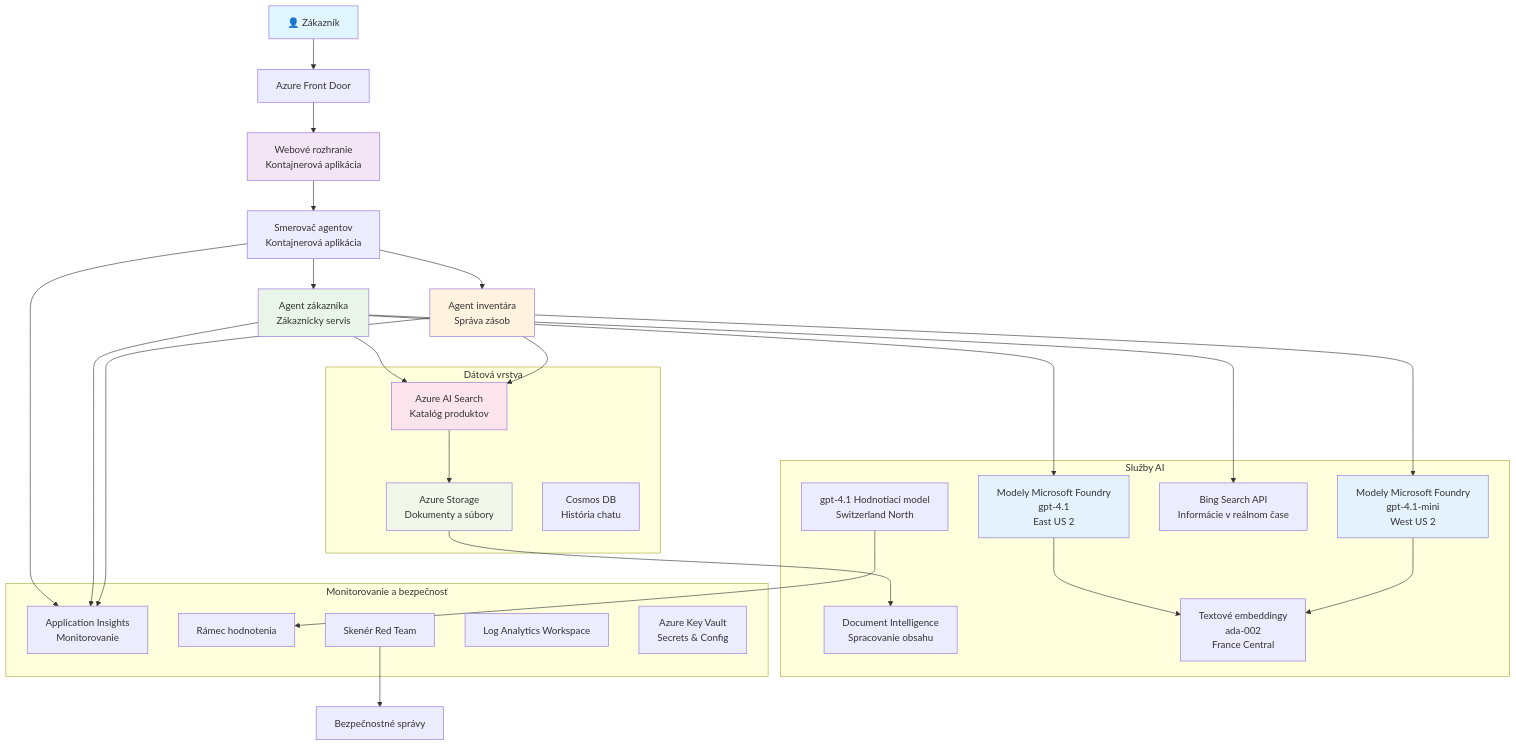
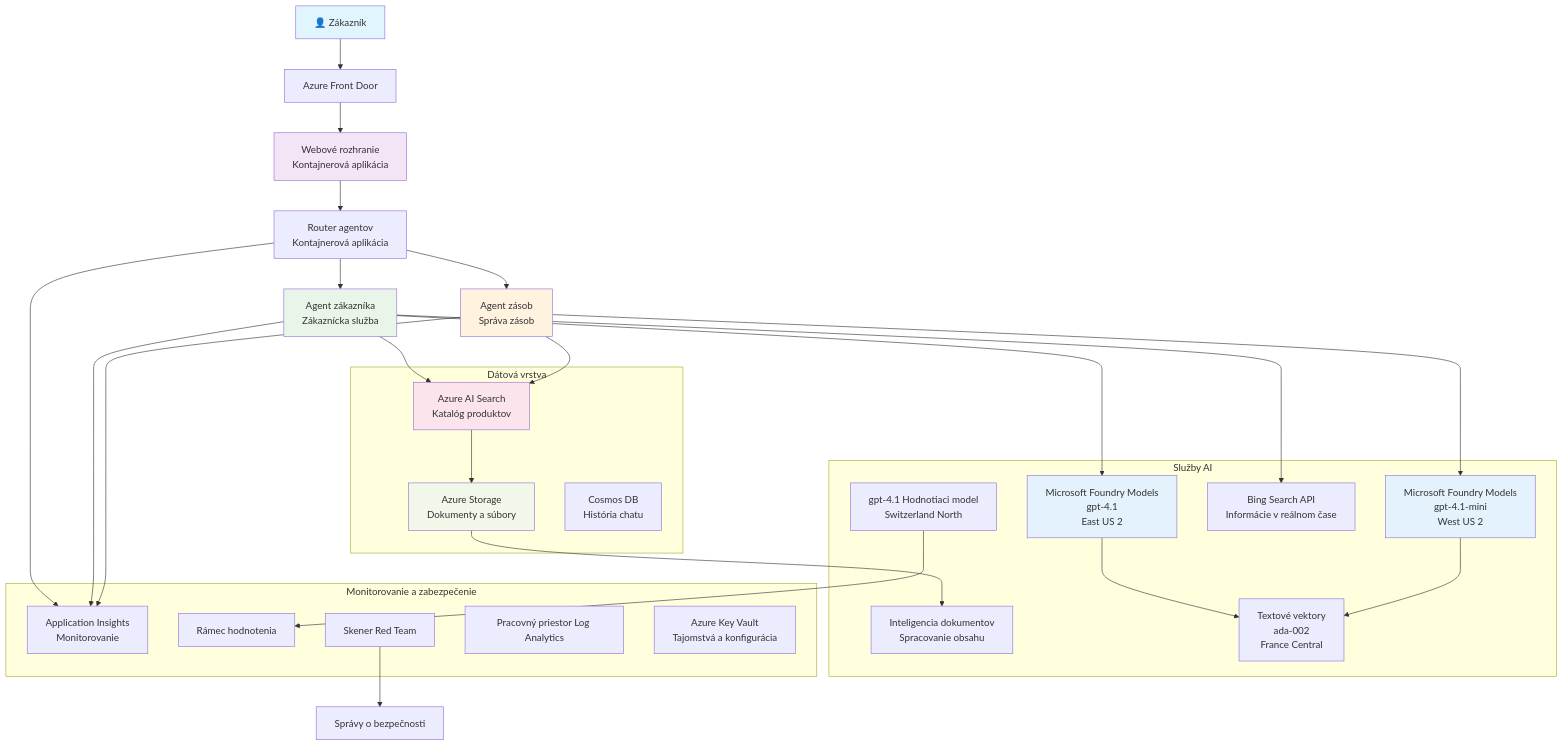
Before and after one commit to microsoft/AZD-for-beginners: the diagram in translations/sk/examples/retail-scenario.md, drawn with Mermaid. The commit also changed other lines of this file and 104 other files, not shown here.

````diff
--- a/translations/sk/examples/retail-scenario.md
+++ b/translations/sk/examples/retail-scenario.md
@@ -139,61 +139,61 @@
 ```mermaid
 graph TB
     User[👤 Zákazník] --> LB[Azure Front Door]
     LB --> WebApp[Webové rozhranie<br/>Kontajnerová aplikácia]
     
-    WebApp --> Router[Smerovač agentov<br/>Kontajnerová aplikácia]
-    Router --> CustomerAgent[Agent zákazníka<br/>Zákaznícky servis]
-    Router --> InvAgent[Agent inventára<br/>Správa zásob]
+    WebApp --> Router[Router agentov<br/>Kontajnerová aplikácia]
+    Router --> CustomerAgent[Agent zákazníka<br/>Zákaznícka služba]
+    Router --> InvAgent[Agent zásob<br/>Správa zásob]
     
-    CustomerAgent --> OpenAI1[Modely Microsoft Foundry<br/>gpt-4.1<br/>East US 2]
-    InvAgent --> OpenAI2[Modely Microsoft Foundry<br/>gpt-4.1-mini<br/>West US 2]
+    CustomerAgent --> OpenAI1[Microsoft Foundry Models<br/>gpt-4.1<br/>East US 2]
+    InvAgent --> OpenAI2[Microsoft Foundry Models<br/>gpt-4.1-mini<br/>West US 2]
     
     CustomerAgent --> AISearch[Azure AI Search<br/>Katalóg produktov]
     CustomerAgent --> BingSearch[Bing Search API<br/>Informácie v reálnom čase]
     InvAgent --> AISearch
     
     AISearch --> Storage[Azure Storage<br/>Dokumenty a súbory]
-    Storage --> DocIntel[Document Intelligence<br/>Spracovanie obsahu]
+    Storage --> DocIntel[Inteligencia dokumentov<br/>Spracovanie obsahu]
     
-    OpenAI1 --> Embeddings[Textové embeddingy<br/>ada-002<br/>France Central]
+    OpenAI1 --> Embeddings[Textové vektory<br/>ada-002<br/>France Central]
     OpenAI2 --> Embeddings
     
     Router --> AppInsights[Application Insights<br/>Monitorovanie]
     CustomerAgent --> AppInsights
     InvAgent --> AppInsights
     
     GraderModel[gpt-4.1 Hodnotiaci model<br/>Switzerland North] --> Evaluation[Rámec hodnotenia]
-    RedTeam[Skenér Red Team] --> SecurityReports[Bezpečnostné správy]
+    RedTeam[Skener Red Team] --> SecurityReports[Správy o bezpečnosti]
     
     subgraph "Dátová vrstva"
         Storage
         AISearch
         CosmosDB[Cosmos DB<br/>História chatu]
     end
     
     subgraph "Služby AI"
         OpenAI1
         OpenAI2
         Embeddings
         GraderModel
         DocIntel
         BingSearch
     end
     
-    subgraph "Monitorovanie a bezpečnosť"
+    subgraph "Monitorovanie a zabezpečenie"
         AppInsights
-        LogAnalytics[Log Analytics Workspace]
-        KeyVault[Azure Key Vault<br/>Secrets & Config]
+        LogAnalytics[Pracovný priestor Log Analytics]
+        KeyVault[Azure Key Vault<br/>Tajomstvá a konfigurácia]
         RedTeam
         Evaluation
     end
     
     style User fill:#e1f5fe
     style WebApp fill:#f3e5f5
     style CustomerAgent fill:#e8f5e8
     style InvAgent fill:#fff3e0
     style OpenAI1 fill:#e3f2fd
     style OpenAI2 fill:#e3f2fd
     style AISearch fill:#fce4ec
     style Storage fill:#f1f8e9
 ```
````
